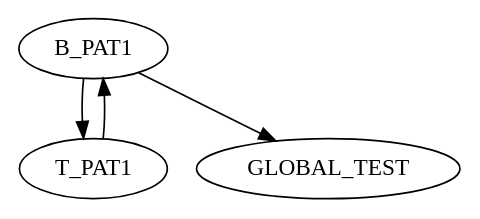
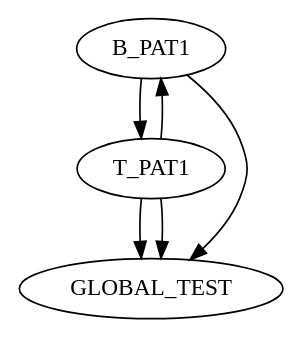
The diagram in modules/ftm/ftmx86/global.dot (GSI-CS-CO/bel_projects), drawn with Graphviz before and after one commit. The commit also changed 7 other files, not shown here.

Commit message:
DM: lib, fw: added capability for ref2ref and address dynamic edge types. First live test successful

```diff
--- a/modules/ftm/ftmx86/global.dot
+++ b/modules/ftm/ftmx86/global.dot
@@ -1,23 +1,25 @@
 digraph g {
 name="Global_Test";
 
 graph []
 edge  [type="defdst"]
 
 
 subgraph cpu0 {
   node  [cpu="0", pattern="PAT1"];
 
   B_PAT1[type="block", tperiod="1000000000", patexit="true", qlo="true" ];
-  T_PAT1[type="tmsg", toffs="0", patentry="true", fid="1", gid="200", evtno="259", beamin="0", bpcstart="0", sid="1", bpid="3", reqnobeam="0", vacc="0", par="0x0000000010000fa0", tef="0"];
+  T_PAT1[type="tmsg", toffs="0", patentry="true", fid="1", gid="200", evtno="259", beamin="0", bpcstart="0", sid="1", bpid="3", reqnobeam="0", vacc="0", par="0xCAFEBABE00000000", tef="0"];
   T_PAT1->B_PAT1->T_PAT1;
 
   GLOBAL_TEST [type="global", section="registers", pattern="EXTERN" ];
   
 
   B_PAT1->GLOBAL_TEST [type="reference", fieldtail="0x04", fieldhead="0x00", fieldwidth="32"];
+  T_PAT1->GLOBAL_TEST [type="reference", fieldtail="0x14", fieldhead="0x00", fieldwidth="32"];
+  T_PAT1->GLOBAL_TEST [type="address", fieldtail="0x10", fieldhead="0x00", fieldwidth="32"];
 }
 
 
 
 }
```
